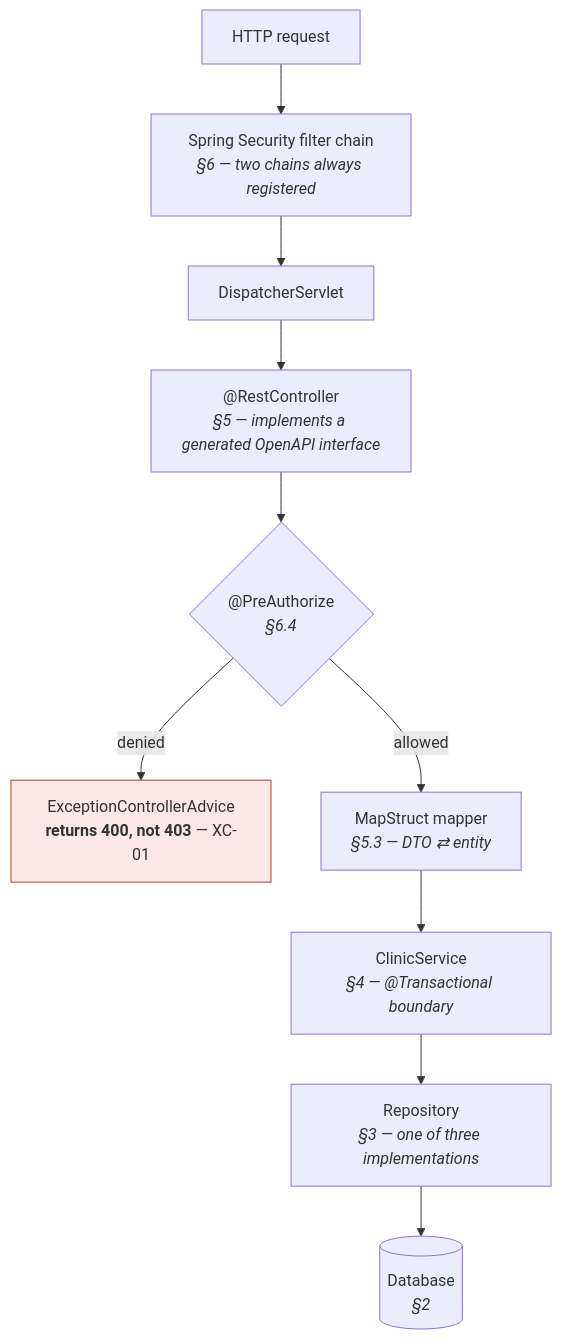
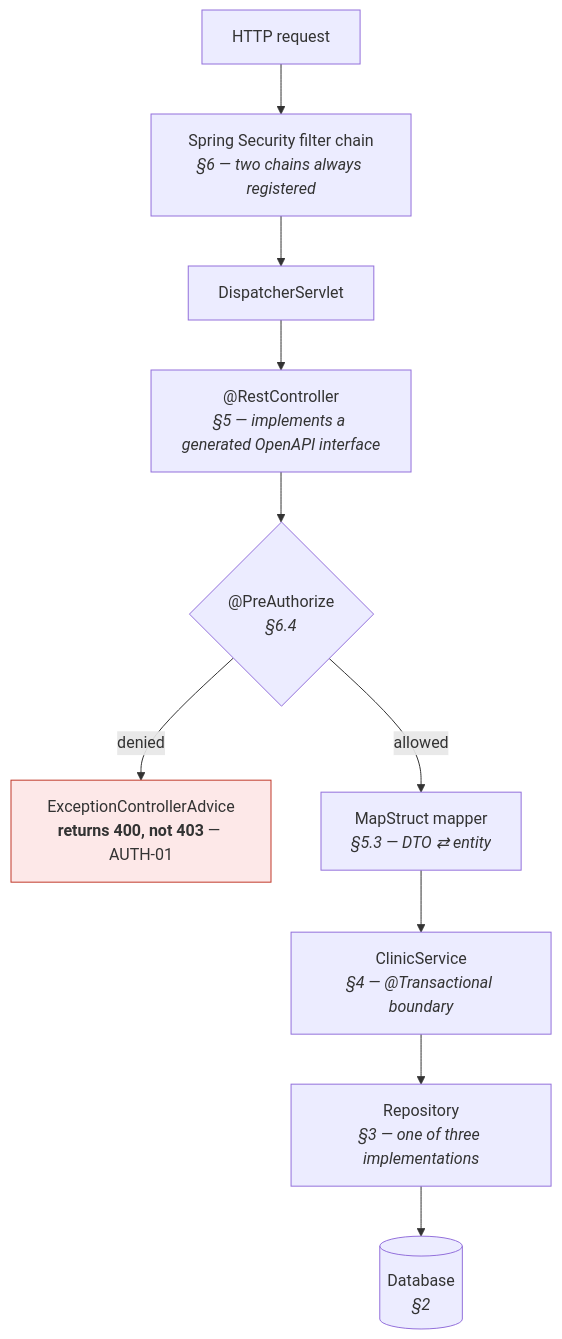
The third of 9 diagrams in docs/baseline/ARCHITECTURE.md (anmunchetry-excel/spring-petclinic-reactjs), drawn with Mermaid before and after one commit. The commit also changed other lines of this file and 2 other files, not shown here.

First line of the commit message:
docs(auth): add SIMPLE_AUTH_PRD and sync authentication baseline

````diff
--- a/docs/baseline/ARCHITECTURE.md
+++ b/docs/baseline/ARCHITECTURE.md
@@ -112,14 +129,14 @@
 ```mermaid
 flowchart TD
     REQ["HTTP request"] --> FILTER["Spring Security filter chain<br/><i>§6 — two chains always registered</i>"]
     FILTER --> DISP["DispatcherServlet"]
     DISP --> CTRL["@RestController<br/><i>§5 — implements a generated OpenAPI interface</i>"]
     CTRL --> AUTHZ{"@PreAuthorize<br/><i>§6.4</i>"}
-    AUTHZ -- denied --> ADVICE["ExceptionControllerAdvice<br/><b>returns 400, not 403</b> — XC-01"]
+    AUTHZ -- denied --> ADVICE["ExceptionControllerAdvice<br/><b>returns 400, not 403</b> — AUTH-01"]
     AUTHZ -- allowed --> MAP["MapStruct mapper<br/><i>§5.3 — DTO ⇄ entity</i>"]
     MAP --> SVC["ClinicService<br/><i>§4 — @Transactional boundary</i>"]
     SVC --> REPO["Repository<br/><i>§3 — one of three implementations</i>"]
     REPO --> DB[("Database<br/><i>§2</i>")]
 
     style ADVICE fill:#fde8e8,stroke:#c0392b
 ```
````
